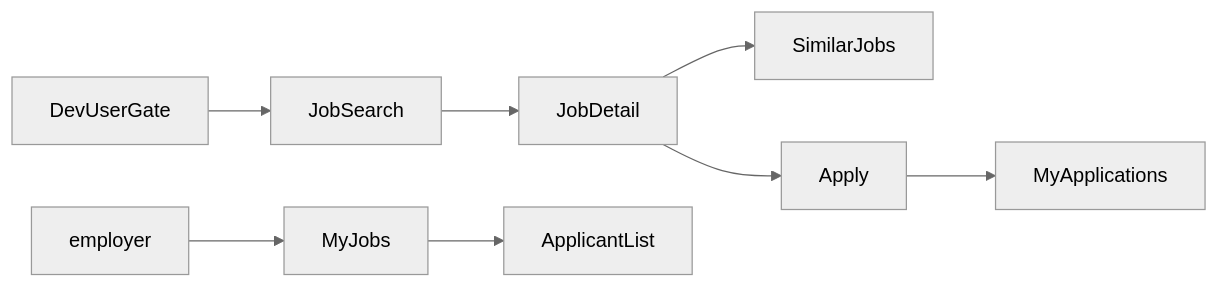
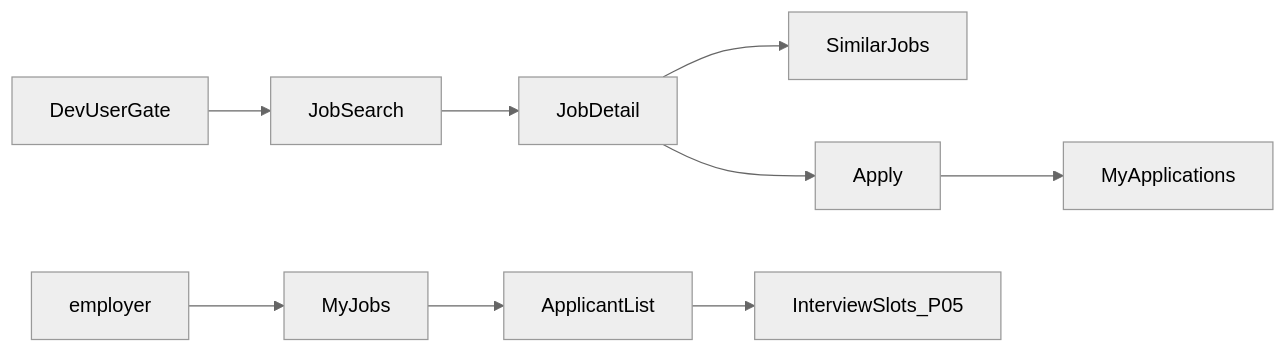
The first of 2 diagrams in portfolio-plan/talent-platform/docs/06-diagrams.md (maeplego/portfolio-plan), drawn with Mermaid (neutral theme) before and after one commit. The commit also changed 4 other files, not shown here.

````diff
--- a/portfolio-plan/talent-platform/docs/06-diagrams.md
+++ b/portfolio-plan/talent-platform/docs/06-diagrams.md
@@ -11,10 +11,11 @@
 ```mermaid
 flowchart LR
   login[DevUserGate] --> search[JobSearch]
   search --> detail[JobDetail]
   detail --> similar[SimilarJobs]
   detail --> apply[Apply]
   apply --> myApps[MyApplications]
   emp[employer] --> jobs[MyJobs]
   jobs --> apps[ApplicantList]
+  apps --> slots[InterviewSlots_P05]
 ```
````
